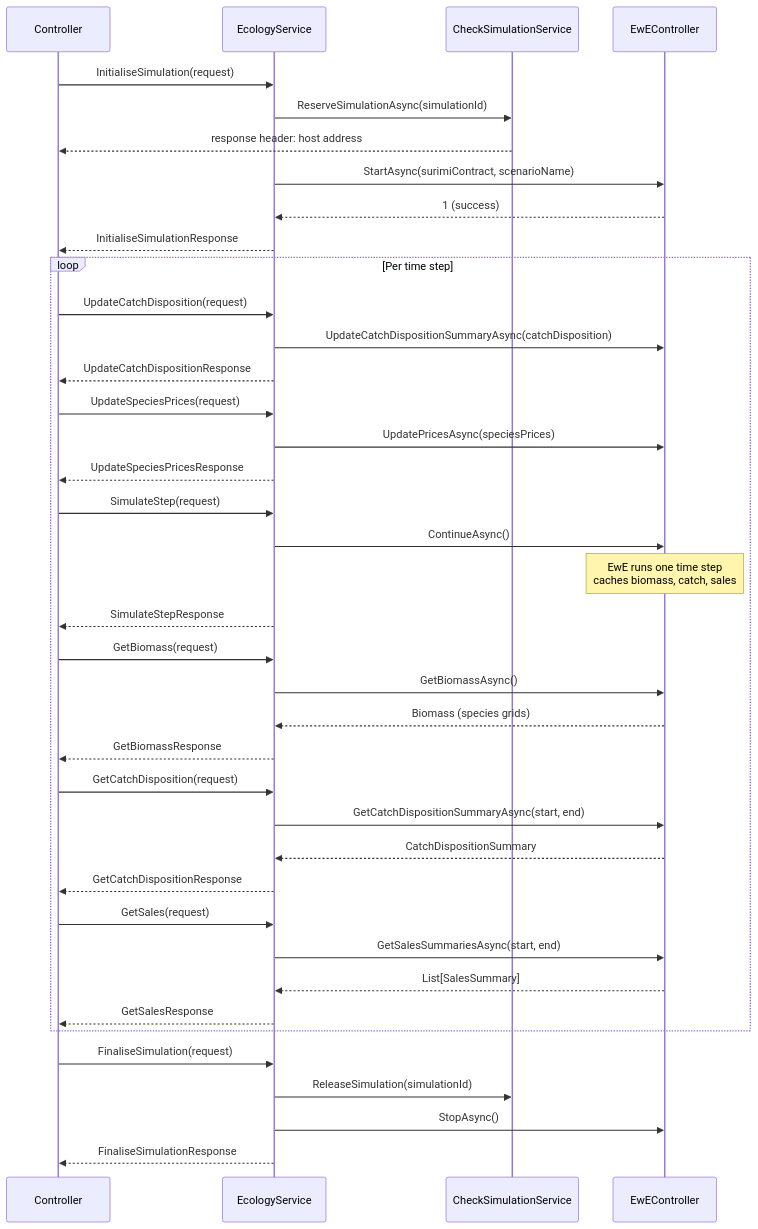
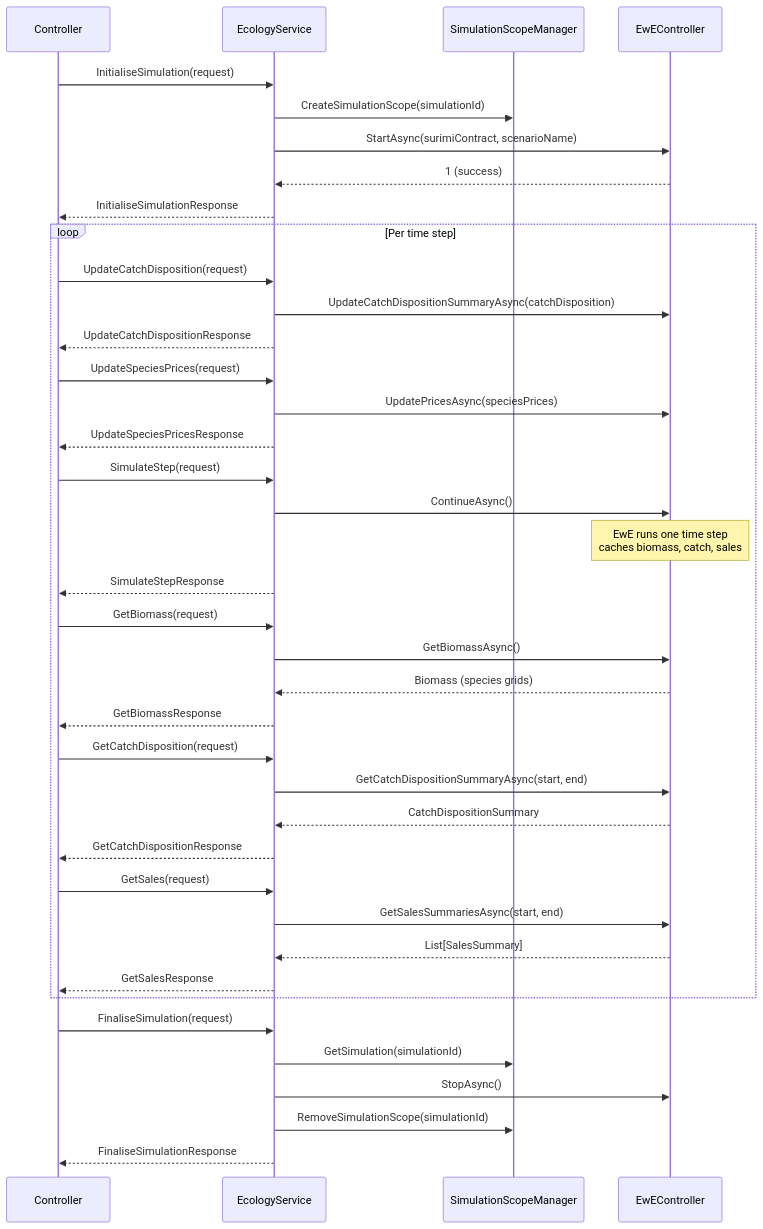
One commit to SURIMI-Project/SURIMI-Ecopath changed the third of 3 diagrams in ecopath_architecture.md. Above: the diagram before and after it, drawn with Mermaid. The commit also changed other lines of this file and 23 other files, not shown here.

````diff
--- a/ecopath_architecture.md
+++ b/ecopath_architecture.md
@@ -146,49 +150,49 @@
 ```mermaid
 sequenceDiagram
     participant O as Controller
     participant ES as EcologyService
-    participant CSS as CheckSimulationService
+    participant CSS as SimulationScopeManager
     participant EWE as EwEController
 
     O->>ES: InitialiseSimulation(request)
-    ES->>CSS: ReserveSimulationAsync(simulationId)
-    CSS-->>O: response header: host address
+    ES->>CSS: CreateSimulationScope(simulationId)
     ES->>EWE: StartAsync(surimiContract, scenarioName)
     EWE-->>ES: 1 (success)
     ES-->>O: InitialiseSimulationResponse
 
     loop Per time step
         O->>ES: UpdateCatchDisposition(request)
         ES->>EWE: UpdateCatchDispositionSummaryAsync(catchDisposition)
         ES-->>O: UpdateCatchDispositionResponse
 
         O->>ES: UpdateSpeciesPrices(request)
         ES->>EWE: UpdatePricesAsync(speciesPrices)
         ES-->>O: UpdateSpeciesPricesResponse
 
         O->>ES: SimulateStep(request)
         ES->>EWE: ContinueAsync()
         note over EWE: EwE runs one time step<br/>caches biomass, catch, sales
         ES-->>O: SimulateStepResponse
 
         O->>ES: GetBiomass(request)
         ES->>EWE: GetBiomassAsync()
         EWE-->>ES: Biomass (species grids)
         ES-->>O: GetBiomassResponse
 
         O->>ES: GetCatchDisposition(request)
         ES->>EWE: GetCatchDispositionSummaryAsync(start, end)
         EWE-->>ES: CatchDispositionSummary
         ES-->>O: GetCatchDispositionResponse
 
         O->>ES: GetSales(request)
         ES->>EWE: GetSalesSummariesAsync(start, end)
         EWE-->>ES: List[SalesSummary]
         ES-->>O: GetSalesResponse
     end
 
     O->>ES: FinaliseSimulation(request)
-    ES->>CSS: ReleaseSimulation(simulationId)
+    ES->>CSS: GetSimulation(simulationId)
     ES->>EWE: StopAsync()
+    ES->>CSS: RemoveSimulationScope(simulationId)
     ES-->>O: FinaliseSimulationResponse
 ```
````
